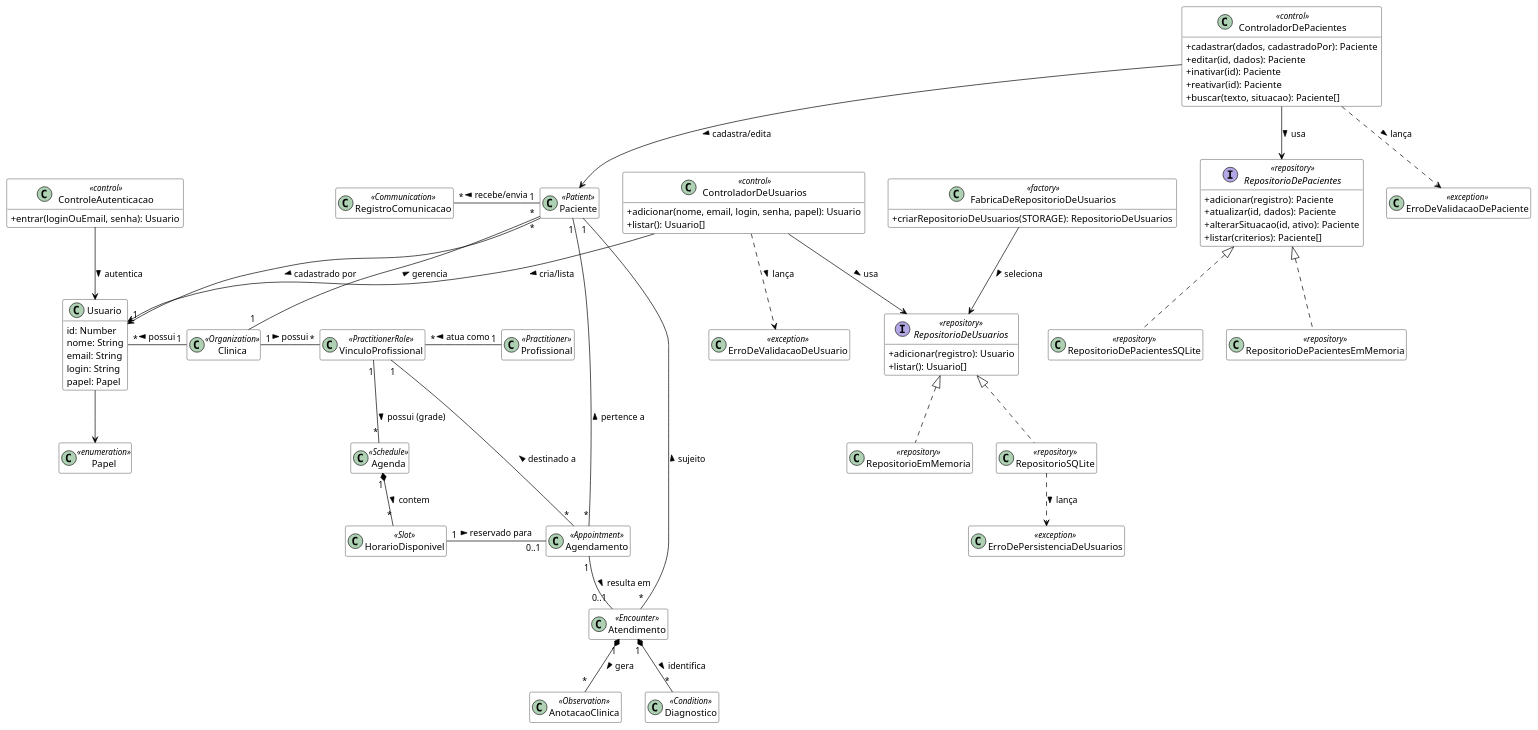
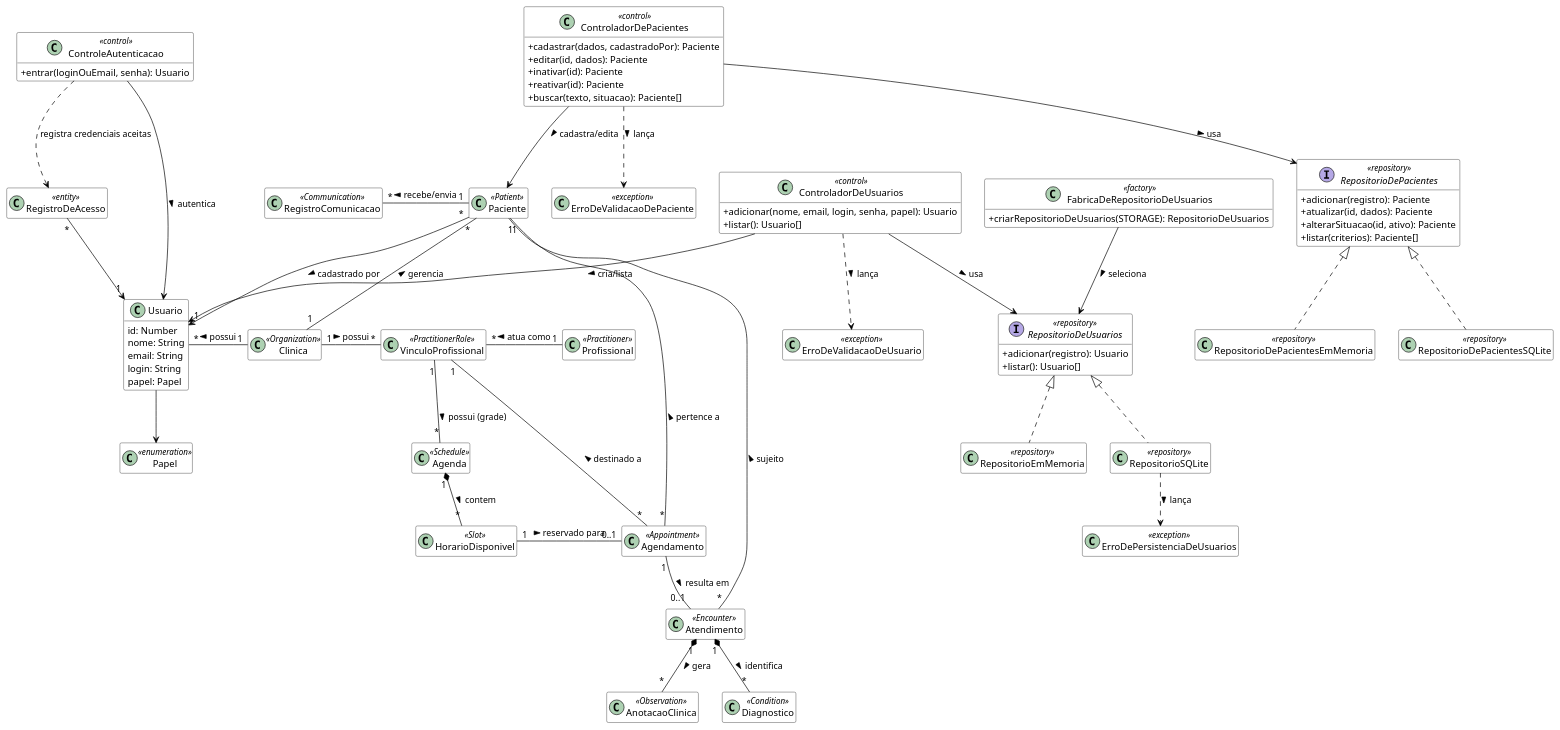
The diagram in docs/relatorio/codigos/classes-de-analise.puml (beatrizmontenegro07/projeto-metodos), drawn with PlantUML before and after one commit. The commit also changed 7 other files, not shown here.

Commit message:
docs(auth): document persistent access tracking and update diagrams

```diff
--- a/docs/relatorio/codigos/classes-de-analise.puml
+++ b/docs/relatorio/codigos/classes-de-analise.puml
@@ -1,119 +1,122 @@
 @startuml
 skinparam classAttributeIconSize 0
 hide empty methods
 hide empty attributes
 skinparam class {
     BackgroundColor White
     ArrowColor Black
     BorderColor Black
 }
 
 ' Entidades Principais e Administrativas
 class Clinica <<Organization>>
 class Usuario {
   id: Number
   nome: String
   email: String
   login: String
   papel: Papel
 }
 class Papel <<enumeration>>
+class RegistroDeAcesso <<entity>>
+RegistroDeAcesso "*" --> "1" Usuario
+ControleAutenticacao ..> RegistroDeAcesso : registra credenciais aceitas
 class Paciente <<Patient>>
 class Profissional <<Practitioner>>
 class VinculoProfissional <<PractitionerRole>>
 
 ' Controle, validação e persistência de usuários
 class ControladorDeUsuarios <<control>> {
   +adicionar(nome, email, login, senha, papel): Usuario
   +listar(): Usuario[]
 }
 interface RepositorioDeUsuarios <<repository>> {
   +adicionar(registro): Usuario
   +listar(): Usuario[]
 }
 class RepositorioEmMemoria <<repository>>
 class RepositorioSQLite <<repository>>
 class FabricaDeRepositorioDeUsuarios <<factory>> {
   +criarRepositorioDeUsuarios(STORAGE): RepositorioDeUsuarios
 }
 class ErroDeValidacaoDeUsuario <<exception>>
 class ErroDePersistenciaDeUsuarios <<exception>>
 
 ' Autenticação e pacientes (Entrega 2)
 class ControleAutenticacao <<control>> {
   +entrar(loginOuEmail, senha): Usuario
 }
 class ControladorDePacientes <<control>> {
   +cadastrar(dados, cadastradoPor): Paciente
   +editar(id, dados): Paciente
   +inativar(id): Paciente
   +reativar(id): Paciente
   +buscar(texto, situacao): Paciente[]
 }
 interface RepositorioDePacientes <<repository>> {
   +adicionar(registro): Paciente
   +atualizar(id, dados): Paciente
   +alterarSituacao(id, ativo): Paciente
   +listar(criterios): Paciente[]
 }
 class RepositorioDePacientesEmMemoria <<repository>>
 class RepositorioDePacientesSQLite <<repository>>
 class ErroDeValidacaoDePaciente <<exception>>
 
 ' Entidades de Agendamento (Módulo Ambulatorial)
 class Agenda <<Schedule>>
 class HorarioDisponivel <<Slot>>
 class Agendamento <<Appointment>>
 
 ' Entidades de Relacionamento (CRM)
 class RegistroComunicacao <<Communication>>
 
 ' Entidades Clínicas Básicas
 class Atendimento <<Encounter>>
 class AnotacaoClinica <<Observation>>
 class Diagnostico <<Condition>>
 
 ' Relacionamentos Estruturais
 Clinica "1" -down- "*" Paciente : gerencia >
 Clinica "1" -right- "*" VinculoProfissional : possui >
 Profissional "1" -left- "*" VinculoProfissional : atua como >
 Clinica "1" -left- "*" Usuario : possui >
 Usuario --> Papel
 
 ' Validação e persistência da Sprint 02
 ControladorDeUsuarios --> Usuario : cria/lista >
 ControladorDeUsuarios --> RepositorioDeUsuarios : usa >
 ControladorDeUsuarios ..> ErroDeValidacaoDeUsuario : lança >
 RepositorioDeUsuarios <|.. RepositorioEmMemoria
 RepositorioDeUsuarios <|.. RepositorioSQLite
 RepositorioSQLite ..> ErroDePersistenciaDeUsuarios : lança >
 FabricaDeRepositorioDeUsuarios --> RepositorioDeUsuarios : seleciona >
 
 ' Autenticação e pacientes (Entrega 2)
 ControleAutenticacao --> Usuario : autentica >
 Paciente "*" --> "1" Usuario : cadastrado por >
 ControladorDePacientes --> Paciente : cadastra/edita >
 ControladorDePacientes --> RepositorioDePacientes : usa >
 ControladorDePacientes ..> ErroDeValidacaoDePaciente : lança >
 RepositorioDePacientes <|.. RepositorioDePacientesEmMemoria
 RepositorioDePacientes <|.. RepositorioDePacientesSQLite
 
 ' Relacionamentos de CRM e Comunicação
 Paciente "1" -left- "*" RegistroComunicacao : recebe/envia >
 
 ' Relacionamentos de Agendamento (Baseado na Grade Ambulatorial)
 VinculoProfissional "1" -down- "*" Agenda : possui (grade) >
 Agenda "1" *-down- "*" HorarioDisponivel : contem >
 HorarioDisponivel "1" -right- "0..1" Agendamento : reservado para >
 Agendamento "*" -up- "1" Paciente : pertence a >
 Agendamento "*" -up- "1" VinculoProfissional : destinado a >
 
 ' Relacionamentos do Encontro Clínico
 Agendamento "1" -down- "0..1" Atendimento : resulta em >
 Atendimento "*" -up- "1" Paciente : sujeito >
 
 ' Relacionamentos de Desfecho Clínico
 Atendimento "1" *-down- "*" AnotacaoClinica : gera >
 Atendimento "1" *-down- "*" Diagnostico : identifica >
 
 @enduml
```
